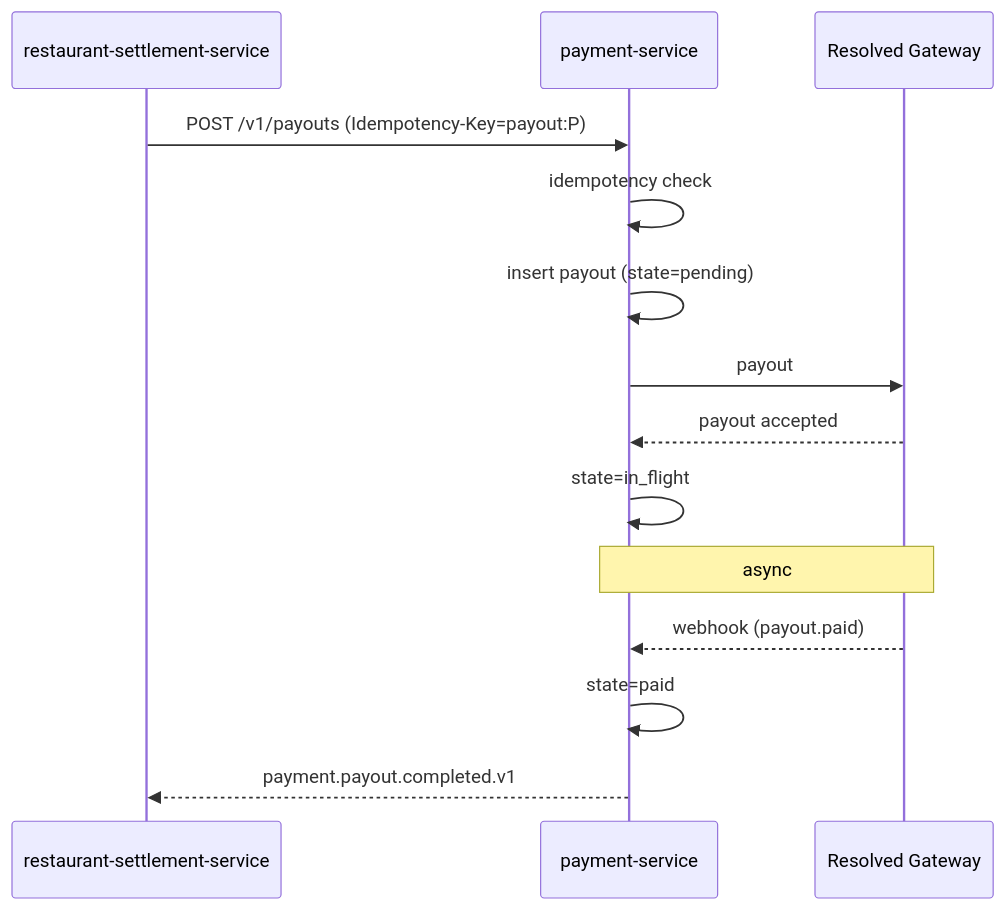
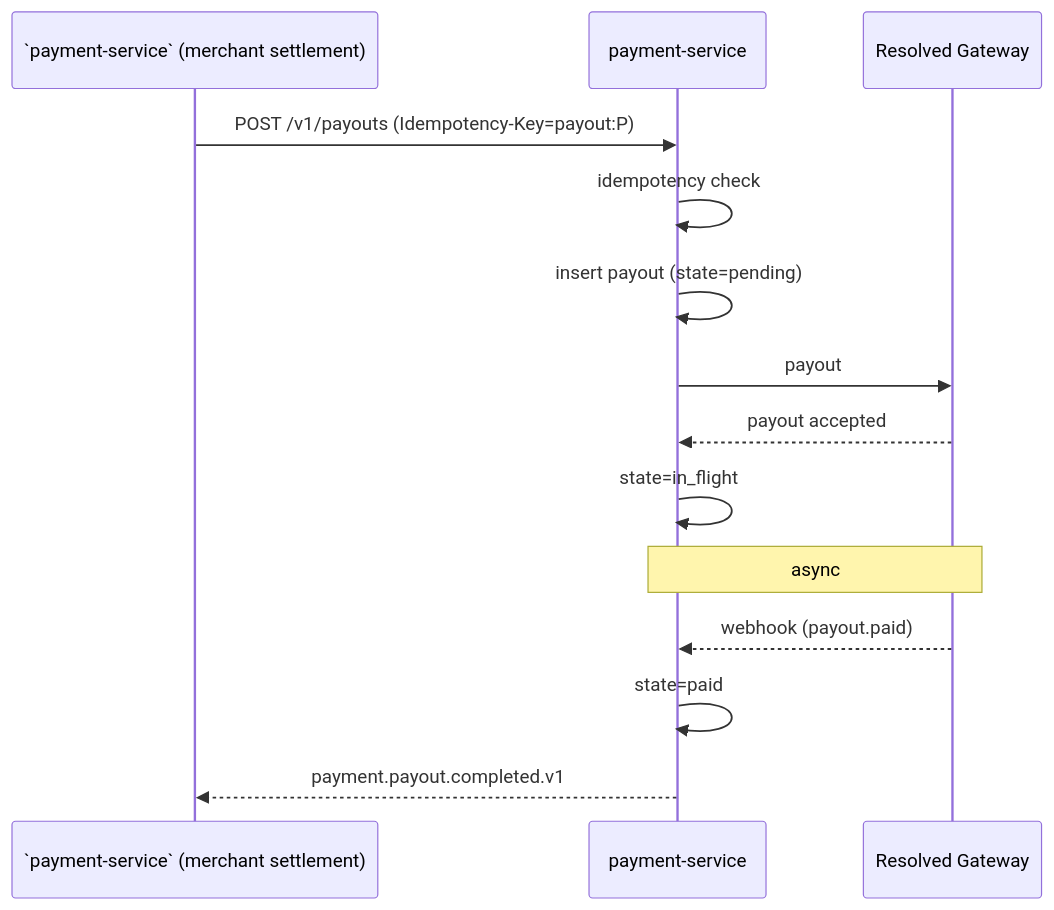
The fifth of 11 diagrams in docs/services/payment-service/WORKFLOWS.md (mohamedhabibwork/trips-enjoy-docs), drawn with Mermaid before and after one commit. The commit also changed other lines of this file and 525 other files, not shown here.

````diff
--- a/docs/services/payment-service/WORKFLOWS.md
+++ b/docs/services/payment-service/WORKFLOWS.md
@@ -360,17 +360,17 @@
 ```mermaid
 sequenceDiagram
-    participant RSM as restaurant-settlement-service
+    participant RSM as `payment-service` (merchant settlement)
     participant PS as payment-service
     participant EXT as Resolved Gateway
 
     RSM->>PS: POST /v1/payouts (Idempotency-Key=payout:P)
     PS->>PS: idempotency check
     PS->>PS: insert payout (state=pending)
     PS->>EXT: payout
     EXT-->>PS: payout accepted
     PS->>PS: state=in_flight
     Note over PS,EXT: async
     EXT-->>PS: webhook (payout.paid)
     PS->>PS: state=paid
     PS-->>RSM: payment.payout.completed.v1
 ```
````
